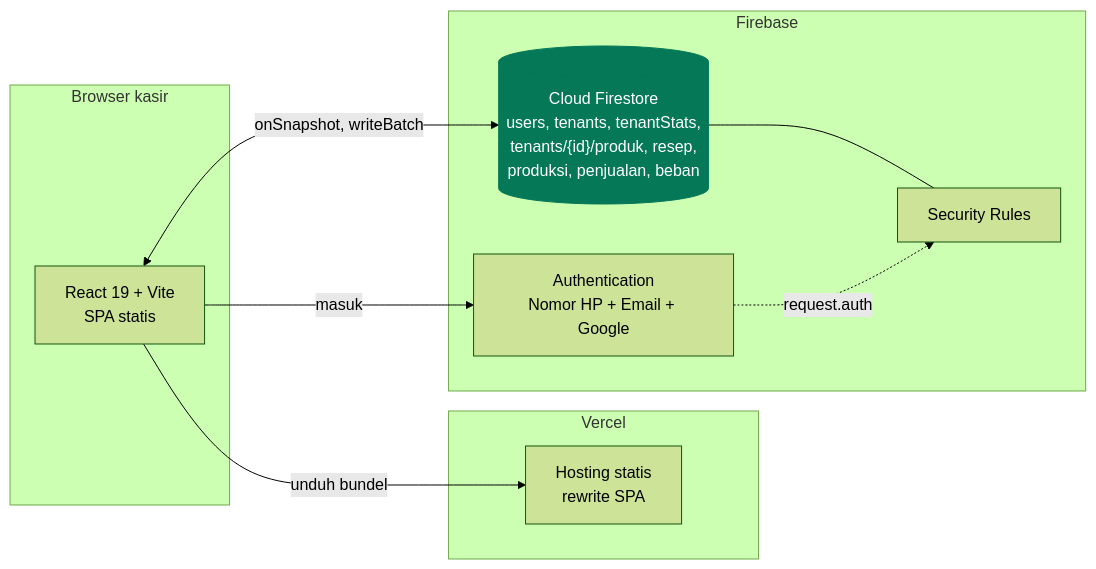
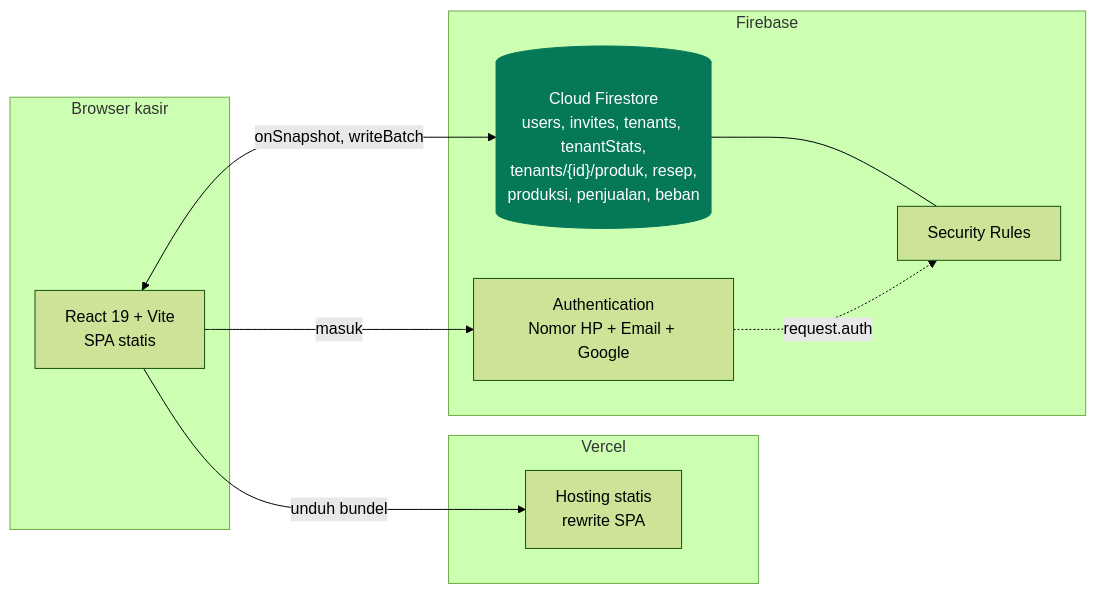
Before and after one commit to nadhimc/simple-pos-kkn-agung: the diagram in docs/README.md, drawn with Mermaid (forest theme). The commit also changed 7 other files, not shown here.

````diff
--- a/docs/README.md
+++ b/docs/README.md
@@ -30,25 +30,25 @@
 ```mermaid
 flowchart LR
   subgraph browser["Browser kasir"]
     UI["React 19 + Vite<br/>SPA statis"]
   end
 
   subgraph vercel["Vercel"]
     CDN["Hosting statis<br/>rewrite SPA"]
   end
 
   subgraph firebase["Firebase"]
     AUTH["Authentication<br/>Nomor HP + Email + Google"]
-    FS[("Cloud Firestore<br/>users, tenants, tenantStats,<br/>tenants/{id}/produk, resep,<br/>produksi, penjualan, beban")]
+    FS[("Cloud Firestore<br/>users, invites, tenants, tenantStats,<br/>tenants/{id}/produk, resep,<br/>produksi, penjualan, beban")]
     RULES["Security Rules"]
   end
 
   UI -->|"unduh bundel"| CDN
   UI -->|"masuk"| AUTH
   UI <-->|"onSnapshot, writeBatch"| FS
   FS --- RULES
   AUTH -.->|"request.auth"| RULES
 
   classDef store fill:#047857,stroke:#047857,color:#ffffff
   class FS store
 ```
````
